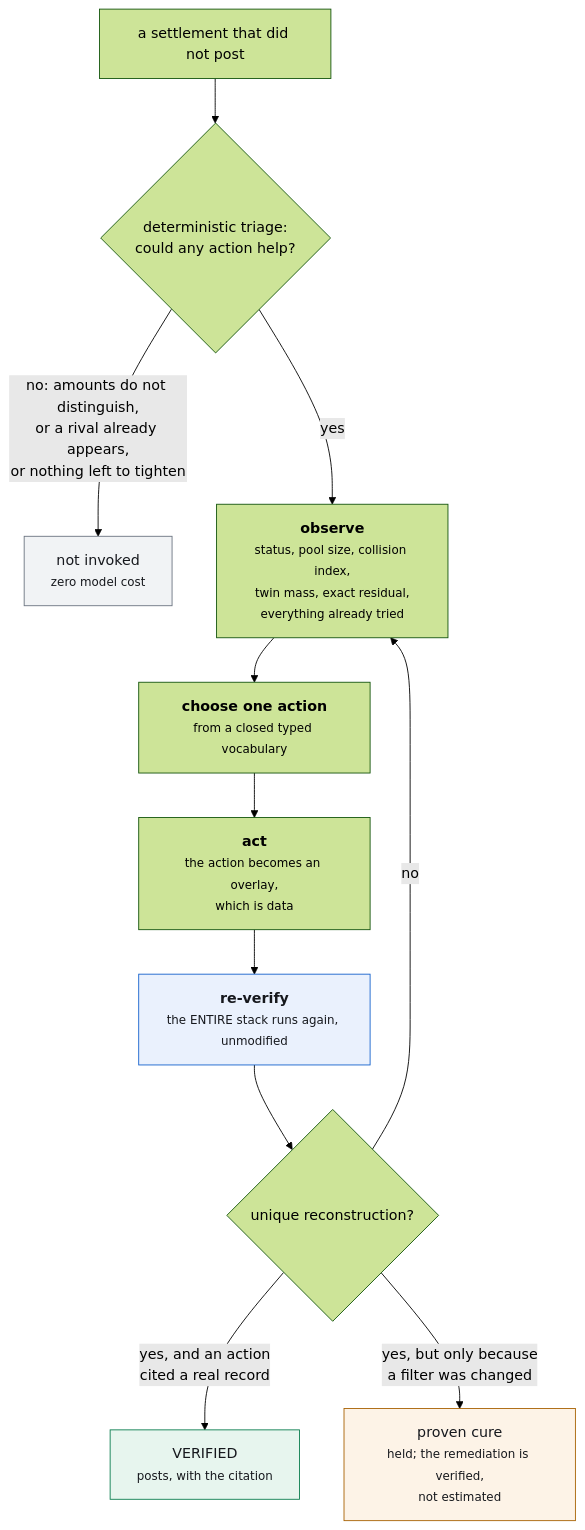
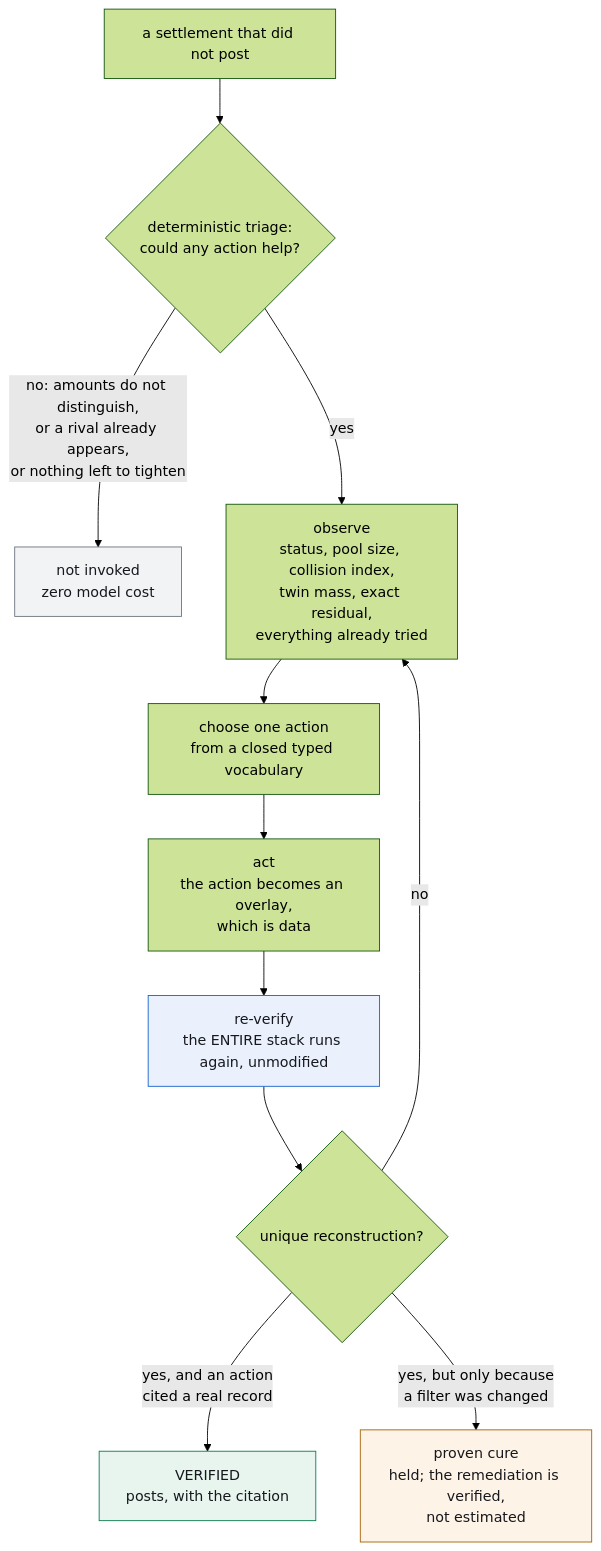
The diagram in docs/diagrams/design-4.mmd (Rishi0507/Manhattan), drawn with Mermaid (forest theme) before and after one commit. The commit also changed 13 other files, not shown here.

Commit message:
drop the track number, untag mermaid labels, and settle the header mark

```diff
--- a/docs/diagrams/design-4.mmd
+++ b/docs/diagrams/design-4.mmd
@@ -1,16 +1,16 @@
 flowchart TB
     EX["a settlement that did not post"] --> T{"deterministic triage:<br/>could any action help?"}
-    T -->|"no: amounts do not distinguish,<br/>or a rival already appears,<br/>or nothing left to tighten"| SKIP["not invoked<br/><small>zero model cost</small>"]
-    T -->|"yes"| OBS["<b>observe</b><br/><small>status, pool size, collision index,<br/>twin mass, exact residual,<br/>everything already tried</small>"]
-    OBS --> CH["<b>choose one action</b><br/><small>from a closed typed vocabulary</small>"]
-    CH --> ACT["<b>act</b><br/><small>the action becomes an overlay,<br/>which is data</small>"]
-    ACT --> VER["<b>re-verify</b><br/><small>the ENTIRE stack runs again, unmodified</small>"]
+    T -->|"no: amounts do not distinguish,<br/>or a rival already appears,<br/>or nothing left to tighten"| SKIP["not invoked<br/>zero model cost"]
+    T -->|"yes"| OBS["observe<br/>status, pool size, collision index,<br/>twin mass, exact residual,<br/>everything already tried"]
+    OBS --> CH["choose one action<br/>from a closed typed vocabulary"]
+    CH --> ACT["act<br/>the action becomes an overlay,<br/>which is data"]
+    ACT --> VER["re-verify<br/>the ENTIRE stack runs again, unmodified"]
     VER --> Q{"unique reconstruction?"}
     Q -->|no| OBS
-    Q -->|"yes, and an action<br/>cited a real record"| POST["VERIFIED<br/><small>posts, with the citation</small>"]
-    Q -->|"yes, but only because<br/>a filter was changed"| CURE["proven cure<br/><small>held; the remediation is verified,<br/>not estimated</small>"]
+    Q -->|"yes, and an action<br/>cited a real record"| POST["VERIFIED<br/>posts, with the citation"]
+    Q -->|"yes, but only because<br/>a filter was changed"| CURE["proven cure<br/>held; the remediation is verified,<br/>not estimated"]
 
     style SKIP fill:#f1f3f5,stroke:#6b7480,color:#16181d
     style POST fill:#e7f5ee,stroke:#0a7d4e,color:#16181d
     style CURE fill:#fdf3e7,stroke:#a76100,color:#16181d
     style VER fill:#eaf1fd,stroke:#1461cc,color:#16181d
```
